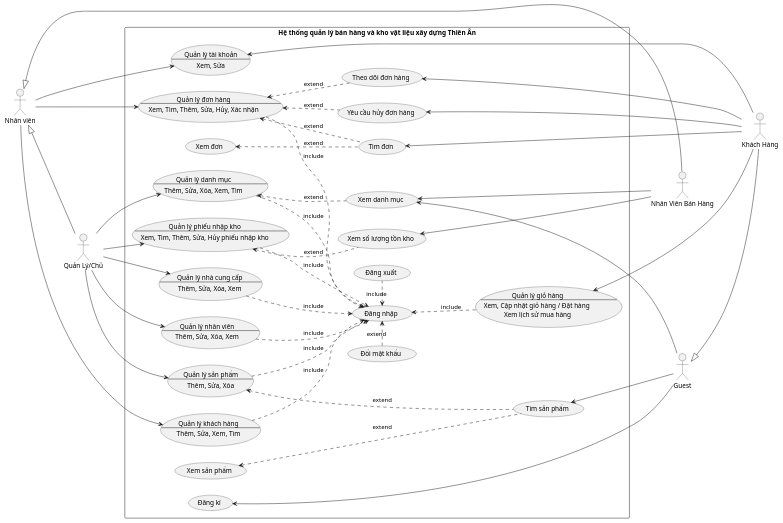
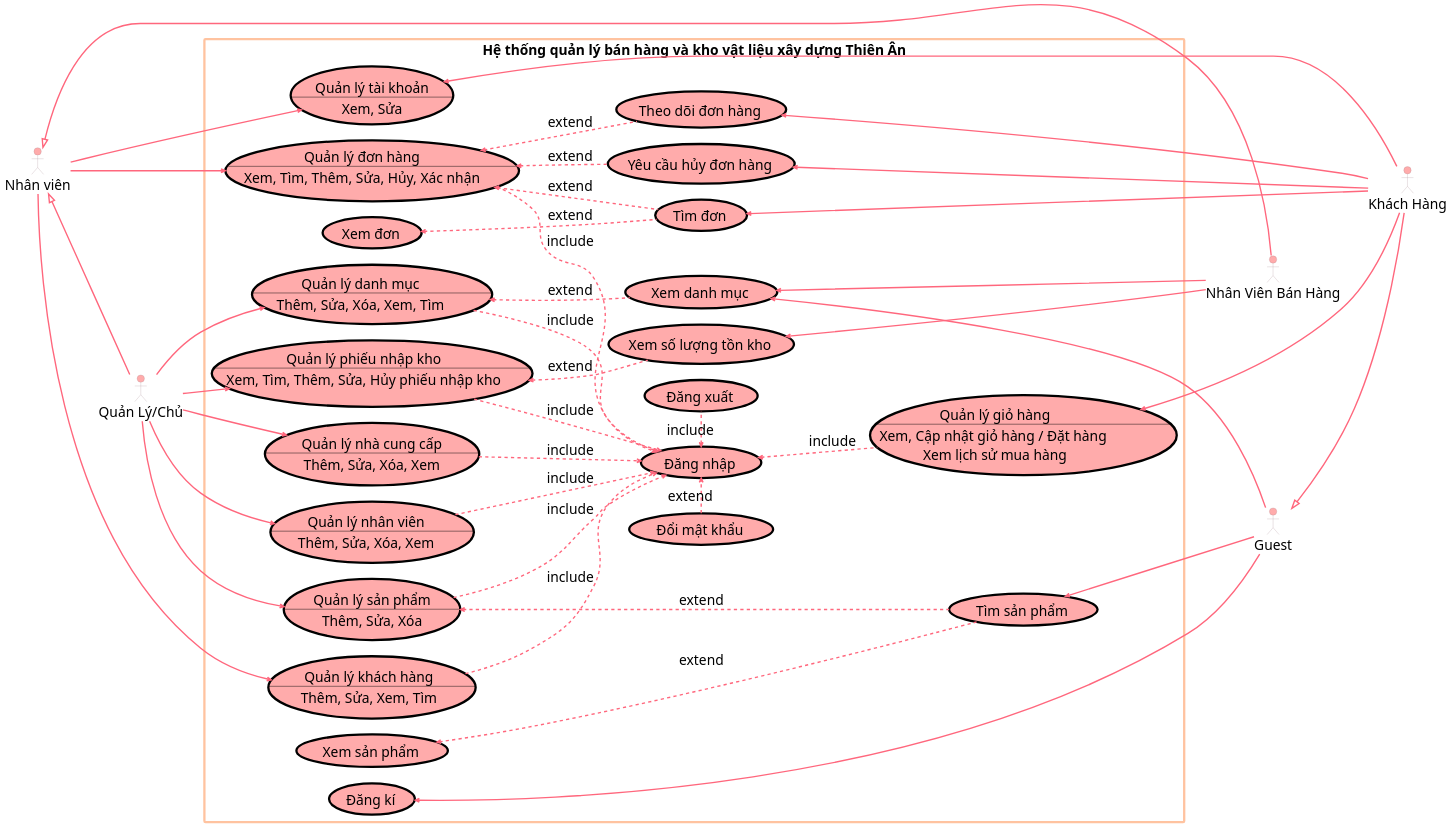
One commit to ThanhdatOris/LAB2211 changed the second of 2 diagrams in assets/plantuml/Oris/Oris-NewUC.puml. Above: the diagram before and after it, drawn with PlantUML. The commit also changed other lines of this file, not shown here.

```diff
--- a/assets/plantuml/Oris/Oris-NewUC.puml
+++ b/assets/plantuml/Oris/Oris-NewUC.puml
@@ -169,160 +203,194 @@
 @startuml
 
 skinparam shadowing false
+skinparam defaultFontName Montserrat
+skinparam defaultFontSize 30
+skinparam titleFontSize 50
+skinparam ArrowThickness 3
+skinparam ArrowMessageAlignment center
+skinparam ArrowHeadColor #FF677D
+
+
+skinparam note {
+    BackgroundColor #FFDDC1
+    BorderColor #FFABAB
+    FontName Montserrat
+}
+skinparam usecase {
+    BackgroundColor #FFABAB
+    BorderColor #000
+    ArrowColor #FF677D
+    FontName Montserrat
+    BorderThickness 5
+}
+skinparam actor {
+    BackgroundColor #FFABAB
+    BorderColor #A28089
+    FontName "Montserrat BLack"
+    
+}
+
+skinparam rectangle {
+    FontName "Montserrat BLack"
+    BorderColor #FFC3A0
+    BorderThickness 5
+    ArrowColor #FF677D
+}
+
 left to right direction
 
 '------------- Actor -------------
 
 actor "Nhân viên" as NV
 actor "Quản Lý/Chủ" as NVQL
 actor "Nhân Viên Bán Hàng" as NVBH
 actor "Guest" as GUEST
 actor "Khách Hàng" as KH
 
     '----------- Kế thừa -----------
 
     ' NVQL --|> NV
     NV <|-- NVQL
     ' NVBH --|> NV
     NV <|-- NVBH
     ' KH --|> GUEST
     GUEST <|-- KH
 
 '------------- Boundary -------------
 
 rectangle "Hệ thống quản lý bán hàng và kho vật liệu xây dựng Thiên Ân" {
 
     '>>>>>>>>>>>>>>> Khai báo >>>>>>>>>>>>>>>
 
     '------------- UceeCase Tổng quát -------------
 
     'Quản lý Tài khoản
     Usecase QLTK as "Quản lý tài khoản
     --
     Xem, Sửa"
 
     'Quản lý Danh mục
     Usecase QLDM as "Quản lý danh mục
     --
     Thêm, Sửa, Xóa, Xem, Tìm"
 
     'Quản lý Kho hàng
     Usecase QLKHO as "Quản lý phiếu nhập kho
     --
     Xem, Tìm, Thêm, Sửa, Hủy phiếu nhập kho"
 
     'Quản lý Nhân viên
     Usecase QLNV as "Quản lý nhân viên
     --
     Thêm, Sửa, Xóa, Xem"
 
     'Quản lý Nhà cung cấp
     Usecase QLNCC as "Quản lý nhà cung cấp
     --
     Thêm, Sửa, Xóa, Xem"
 
     'Quản lý Đơn hàng
     Usecase QLDH as "Quản lý đơn hàng
     --
     Xem, Tìm, Thêm, Sửa, Hủy, Xác nhận"
 
     'Quản lý Sản phẩm
     Usecase QLSP as "Quản lý sản phẩm
     --
     Thêm, Sửa, Xóa"
 
     'Quản lý Giỏ hàng
     Usecase QLGH as "Quản lý giỏ hàng
     --
     Xem, Cập nhật giỏ hàng / Đặt hàng \nXem lịch sử mua hàng"
 
     'Quản lý Khách hàng
     Usecase QLKH as "Quản lý khách hàng
     --
     Thêm, Sửa, Xem, Tìm"
 
     '------------- UceeCase Chi tiết -------------
 
     (Xem danh mục) as XEM_DMSP
     (Xem số lượng tồn kho) as XEM_HANG
     (Tìm đơn) as TIM_DH
     (Xem đơn) as XEM_DH
     (Theo dõi đơn hàng) as THEO_DOI_DH
     (Yêu cầu hủy đơn hàng) as YCHUY_DH
     (Xem sản phẩm) as XEM_SP
     (Tìm sản phẩm) as TIM_SP
     
     (Đăng xuất) as Logout
     (Đăng nhập) as Login
     (Đăng kí) as SignUp
     (Đổi mật khẩu) as ChangePass
 
     '>>>>>>>>>>>>>>> Hướng >>>>>>>>>>>>>>
 
     Login <. Logout: include
     ChangePass .> Login : extend
     
     'Tất cả các usecase đều include Login
     QLDM ..> Login : include
     QLDH ..> Login : include
     QLSP ..> Login : include
     QLNCC ..> Login : include
     QLKH ..> Login : include
     QLNV ..> Login : include
     QLKHO ..> Login : include
     Login <.. QLGH: include
 
     '----------- Nhân viên (Parent) -----------
     
     NV --> QLDH
     NV --> QLTK
     NV --> QLKH
 
     '----------- Quản lý -----------
 
     NVQL --> QLDM
     NVQL --> QLKHO
     NVQL --> QLNV
     NVQL --> QLNCC
     NVQL --> QLSP
 
     'Sản phẩm
     QLSP <... TIM_SP: extend
 
     'Danh mục sp
     QLDM <.. XEM_DMSP: extend
 
     'Kho hàng
     QLKHO <.. XEM_HANG  : extend
 
     'Đơn hàng
     QLDH <.. TIM_DH: extend
 
     '----------- Nhân Viên Bán Hàng -----------
 
     ' NVBH ---> XEM_HANG
     ' NVBH --> XEM_DMSP
 
     XEM_HANG <--- NVBH
     XEM_DMSP <--- NVBH
 
     '----------- Khách Hàng -----------
 
     SignUp <- GUEST
     TIM_SP <-- GUEST
     XEM_DMSP <-- GUEST
 
     XEM_SP <... TIM_SP: extend
     XEM_DH <.. TIM_DH: extend
 
     QLDH <.. YCHUY_DH: extend
     QLDH <.. THEO_DOI_DH: extend
 
     QLGH <-- KH
     QLTK <- KH
     YCHUY_DH <-- KH
     THEO_DOI_DH <-- KH
     TIM_DH <-- KH
 }
 
 @enduml
```
